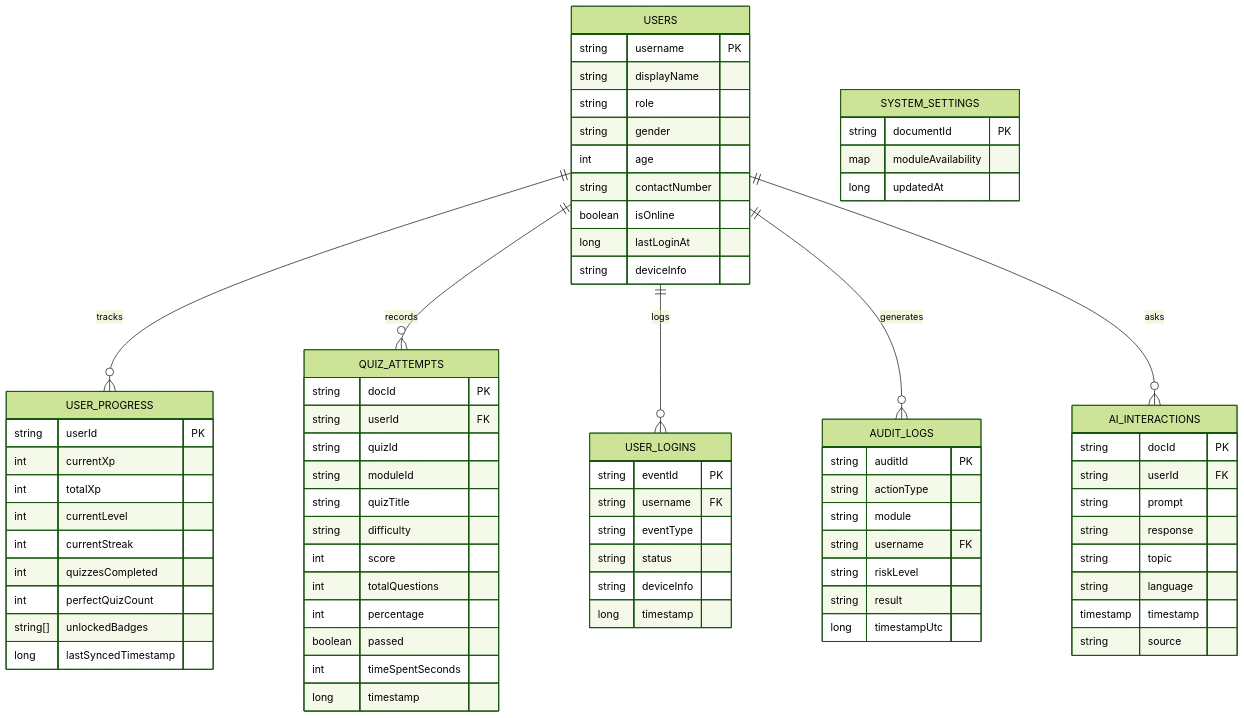
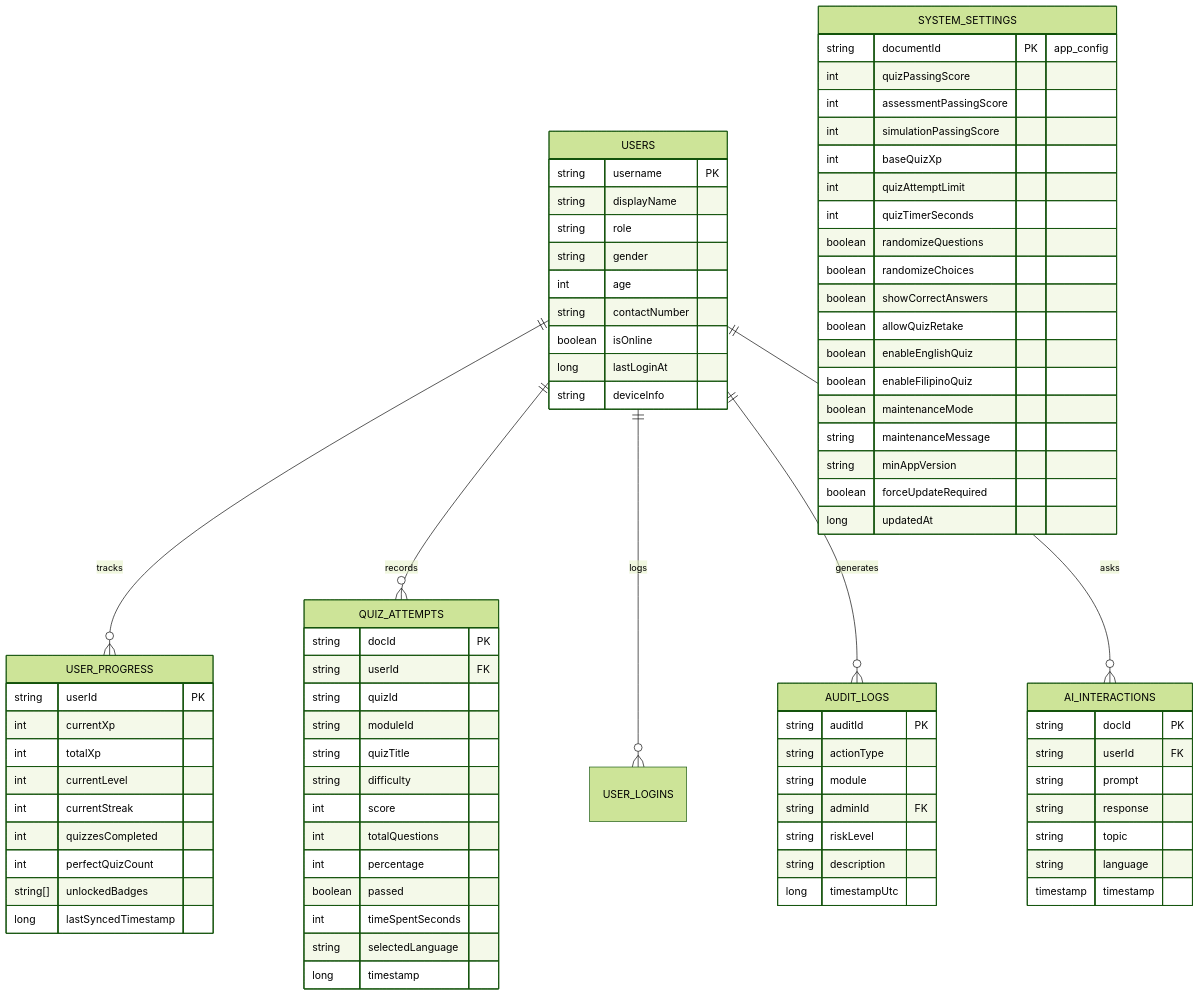
Before and after one commit to jiemmm03/Gamified-Road-Safety-Awareness: the second of 2 diagrams in SYSTEM_FEATURE_AUDIT.md, drawn with Mermaid (forest theme). The commit also changed other lines of this file, not shown here.

Commit message:
docs: update system feature audit for Mobile App Control Center and Session Language Selector v3.5

````diff
--- a/SYSTEM_FEATURE_AUDIT.md
+++ b/SYSTEM_FEATURE_AUDIT.md
@@ -257,25 +280,38 @@
         int percentage
         boolean passed
         int timeSpentSeconds
+        string selectedLanguage
         long timestamp
     }
 
-    USER_LOGINS {
-        string eventId PK
-        string username FK
-        string eventType
-        string status
-        string deviceInfo
-        long timestamp
+    SYSTEM_SETTINGS {
+        string documentId PK "app_config"
+        int quizPassingScore
+        int assessmentPassingScore
+        int simulationPassingScore
+        int baseQuizXp
+        int quizAttemptLimit
+        int quizTimerSeconds
+        boolean randomizeQuestions
+        boolean randomizeChoices
+        boolean showCorrectAnswers
+        boolean allowQuizRetake
+        boolean enableEnglishQuiz
+        boolean enableFilipinoQuiz
+        boolean maintenanceMode
+        string maintenanceMessage
+        string minAppVersion
+        boolean forceUpdateRequired
+        long updatedAt
     }
 
     AUDIT_LOGS {
         string auditId PK
         string actionType
         string module
-        string username FK
+        string adminId FK
         string riskLevel
-        string result
+        string description
         long timestampUtc
     }
 
@@ -287,12 +323,5 @@
         string topic
         string language
         timestamp timestamp
-        string source
-    }
-
-    SYSTEM_SETTINGS {
-        string documentId PK
-        map moduleAvailability
-        long updatedAt
     }
 ```
````
